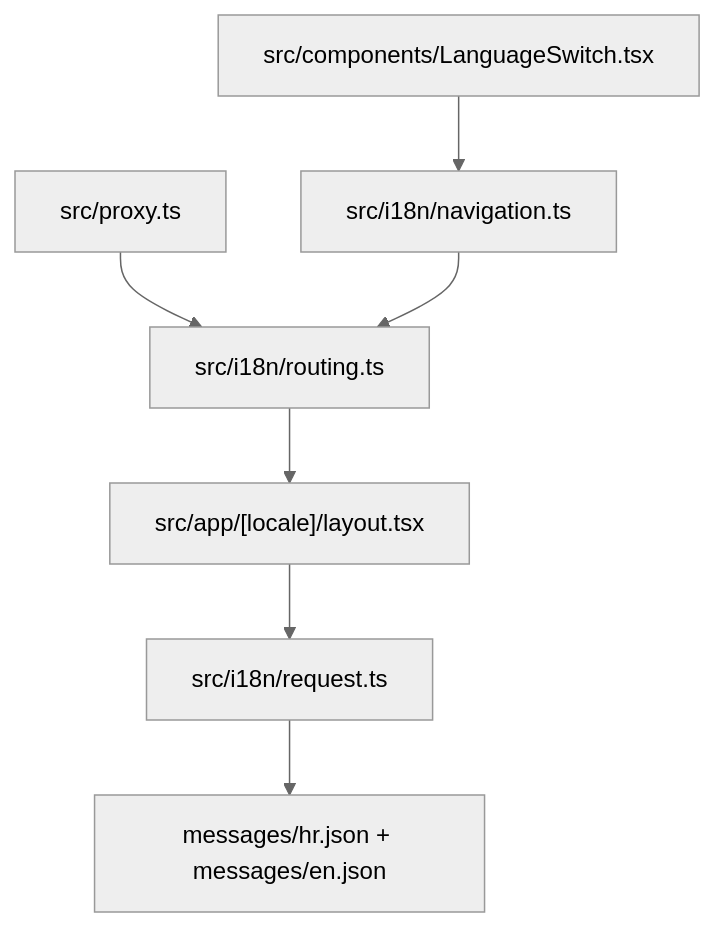
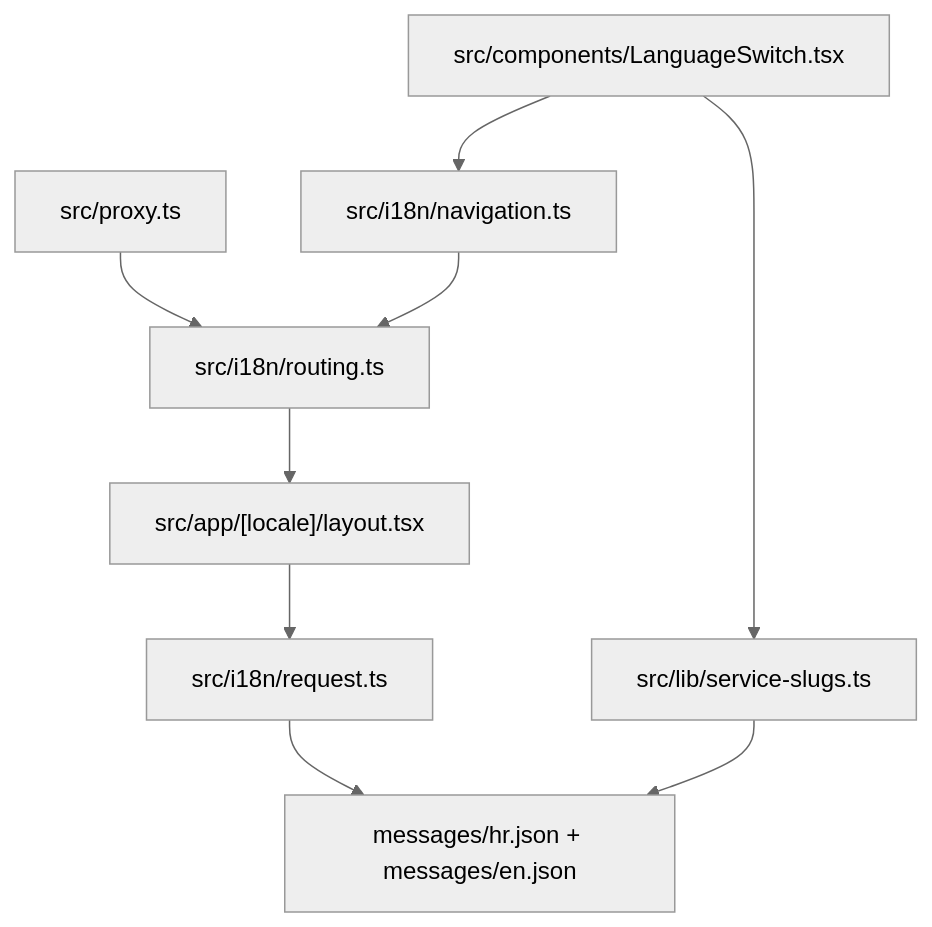
The diagram in lode/i18n/summary.md (ipavic933-spec/website-pavic), drawn with Mermaid (neutral theme) before and after one commit. The commit also changed other lines of this file and 7 other files, not shown here.

````diff
--- a/lode/i18n/summary.md
+++ b/lode/i18n/summary.md
@@ -11,9 +12,11 @@
 ```mermaid
 flowchart TD
   Proxy["src/proxy.ts"] --> Routing["src/i18n/routing.ts"]
   Routing --> LocaleLayout["src/app/[locale]/layout.tsx"]
   LocaleLayout --> Request["src/i18n/request.ts"]
   Request --> Messages["messages/hr.json + messages/en.json"]
   LanguageSwitch["src/components/LanguageSwitch.tsx"] --> NavigationHelpers["src/i18n/navigation.ts"]
+  LanguageSwitch --> ServiceSlugLookup["src/lib/service-slugs.ts"]
+  ServiceSlugLookup --> Messages
   NavigationHelpers --> Routing
 ```
````
